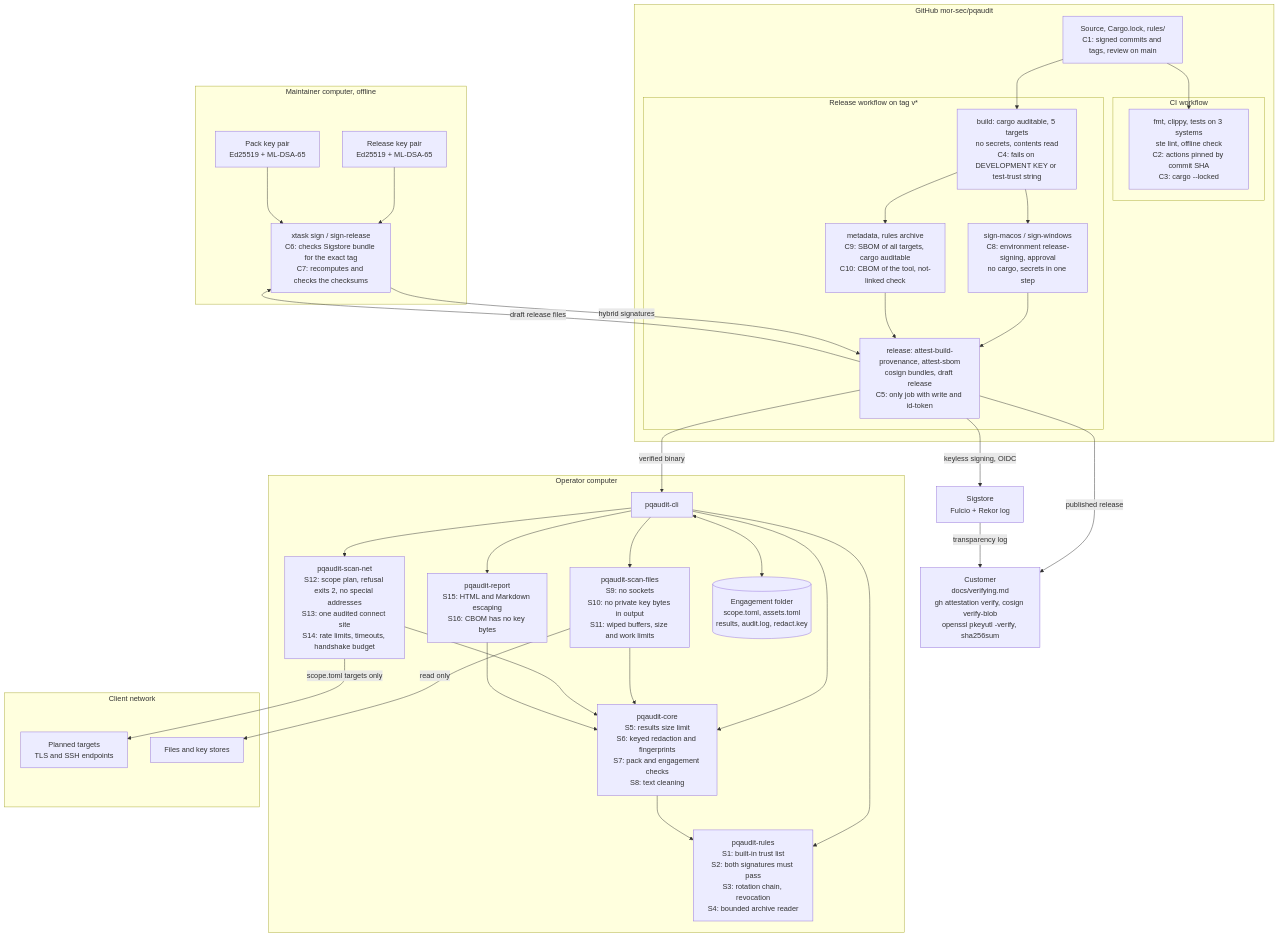
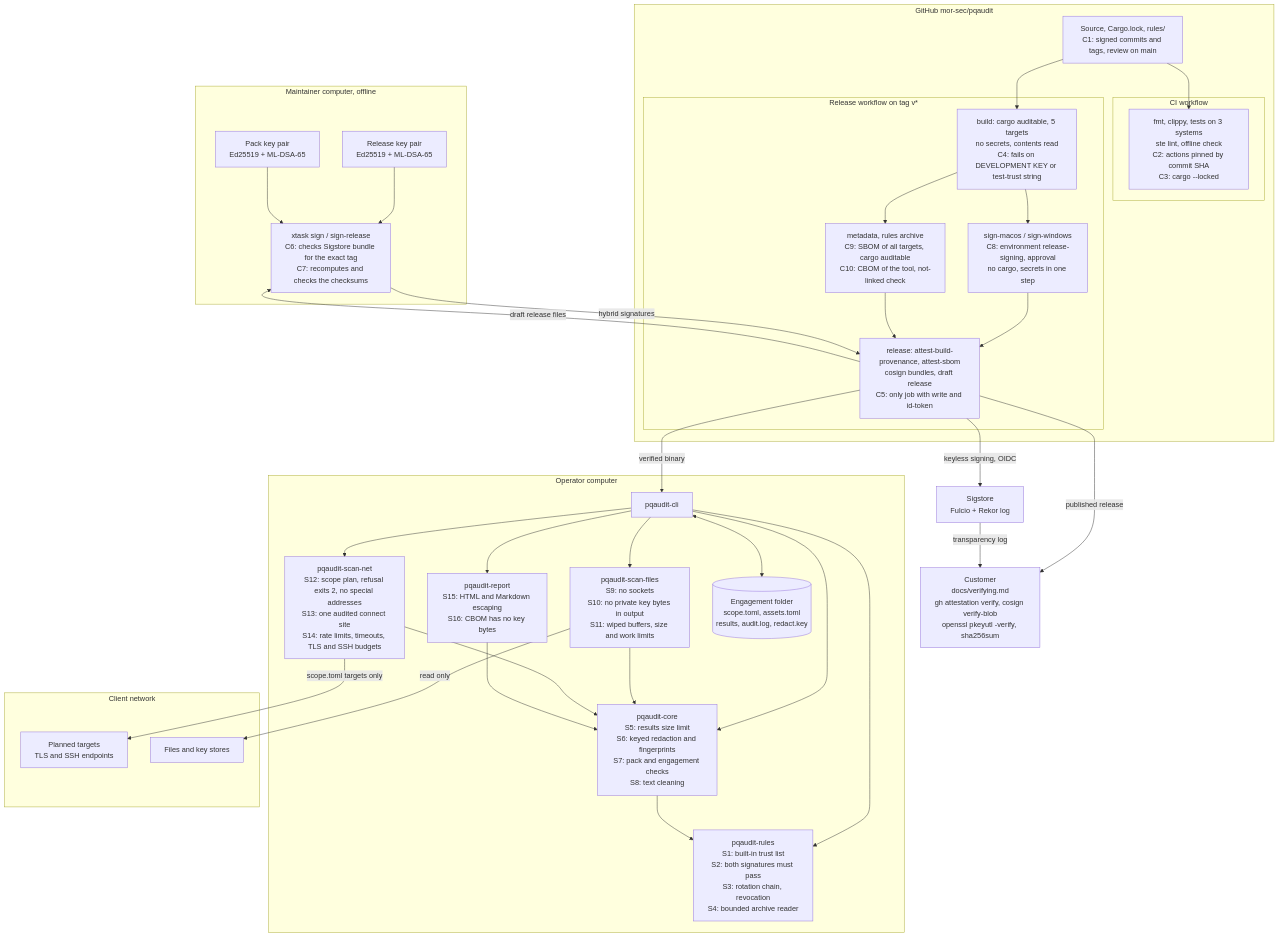
The diagram in docs/architecture.md (mor-sec/pqaudit), drawn with Mermaid before and after one commit. The commit also changed other lines of this file and 6 other files, not shown here.

First line of the commit message:
Allow one SSH connection for each address and port

````diff
--- a/docs/architecture.md
+++ b/docs/architecture.md
@@ -44,67 +44,67 @@
 ```mermaid
 flowchart TB
     subgraph MAINT["Maintainer computer, offline"]
         PK["Pack key pair<br/>Ed25519 + ML-DSA-65"]
         RK["Release key pair<br/>Ed25519 + ML-DSA-65"]
         SIGN["xtask sign / sign-release<br/>C6: checks Sigstore bundle for the exact tag<br/>C7: recomputes and checks the checksums"]
     end
 
     subgraph GH["GitHub mor-sec/pqaudit"]
         SRC["Source, Cargo.lock, rules/<br/>C1: signed commits and tags, review on main"]
         subgraph CI["CI workflow"]
             CHK["fmt, clippy, tests on 3 systems<br/>ste lint, offline check<br/>C2: actions pinned by commit SHA<br/>C3: cargo --locked"]
         end
         subgraph REL["Release workflow on tag v*"]
             BUILD["build: cargo auditable, 5 targets<br/>no secrets, contents read<br/>C4: fails on DEVELOPMENT KEY or test-trust string"]
             SGN["sign-macos / sign-windows<br/>C8: environment release-signing, approval<br/>no cargo, secrets in one step"]
             META["metadata, rules archive<br/>C9: SBOM of all targets, cargo auditable<br/>C10: CBOM of the tool, not-linked check"]
             PUB["release: attest-build-provenance, attest-sbom<br/>cosign bundles, draft release<br/>C5: only job with write and id-token"]
         end
     end
 
     SIG["Sigstore<br/>Fulcio + Rekor log"]
     USER["Customer<br/>docs/verifying.md<br/>gh attestation verify, cosign verify-blob<br/>openssl pkeyutl -verify, sha256sum"]
 
     subgraph OP["Operator computer"]
         CLI["pqaudit-cli"]
         RULES["pqaudit-rules<br/>S1: built-in trust list<br/>S2: both signatures must pass<br/>S3: rotation chain, revocation<br/>S4: bounded archive reader"]
         CORE["pqaudit-core<br/>S5: results size limit<br/>S6: keyed redaction and fingerprints<br/>S7: pack and engagement checks<br/>S8: text cleaning"]
         FILES["pqaudit-scan-files<br/>S9: no sockets<br/>S10: no private key bytes in output<br/>S11: wiped buffers, size and work limits"]
-        NET["pqaudit-scan-net<br/>S12: scope plan, refusal exits 2, no special addresses<br/>S13: one audited connect site<br/>S14: rate limits, timeouts, handshake budget"]
+        NET["pqaudit-scan-net<br/>S12: scope plan, refusal exits 2, no special addresses<br/>S13: one audited connect site<br/>S14: rate limits, timeouts, TLS and SSH budgets"]
         REP["pqaudit-report<br/>S15: HTML and Markdown escaping<br/>S16: CBOM has no key bytes"]
         ENG[("Engagement folder<br/>scope.toml, assets.toml<br/>results, audit.log, redact.key")]
     end
 
     subgraph CLIENT["Client network"]
         TGT["Planned targets<br/>TLS and SSH endpoints"]
         DISK["Files and key stores"]
     end
 
     SRC --> CHK
     SRC --> BUILD
     BUILD --> SGN
     BUILD --> META
     SGN --> PUB
     META --> PUB
     PUB -- "keyless signing, OIDC" --> SIG
     PUB -- "draft release files" --> SIGN
     RK --> SIGN
     PK --> SIGN
     SIGN -- "hybrid signatures" --> PUB
     PUB -- "published release" --> USER
     SIG -- "transparency log" --> USER
     PUB -- "verified binary" --> CLI
 
     CLI --> RULES
     CLI --> FILES
     CLI --> NET
     CLI --> CORE
     CLI --> REP
     FILES --> CORE
     NET --> CORE
     REP --> CORE
     CORE --> RULES
     CLI <--> ENG
     FILES -- "read only" --> DISK
     NET -- "scope.toml targets only" --> TGT
 ```
````
